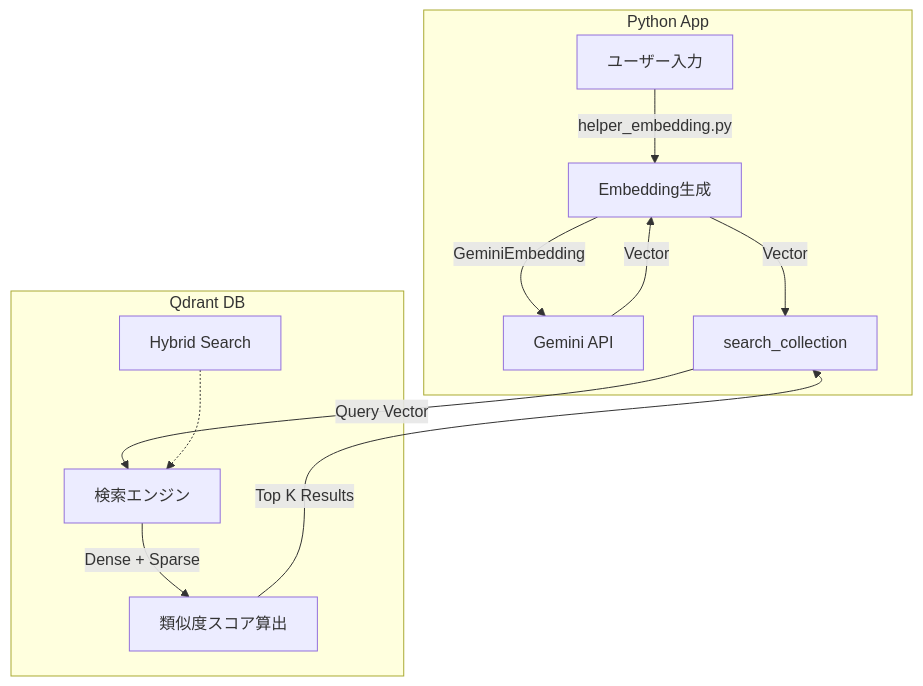
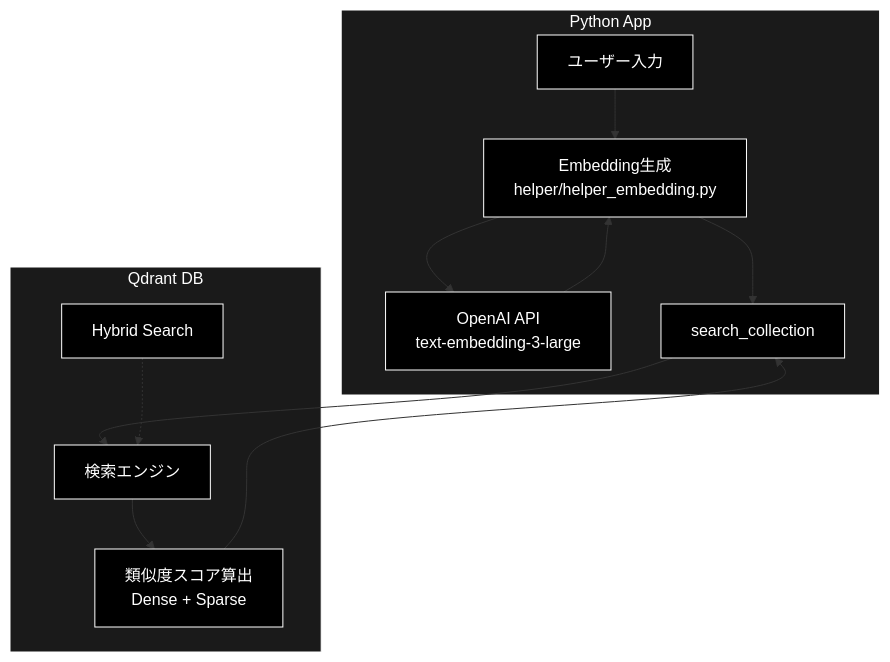
Before and after one commit to nakashima2toshio/openai_grace_agent: the eighth of 10 diagrams in readme_react_reflection.md, drawn with Mermaid. The commit also changed other lines of this file and 4 other files, not shown here.

````diff
--- a/readme_react_reflection.md
+++ b/readme_react_reflection.md
@@ -716,16 +802,21 @@
 ```mermaid
 graph TD
-    subgraph Python App
-        Query[ユーザー入力] --> |helper_embedding.py| Embed[Embedding生成]
-        Embed --> |GeminiEmbedding| API[Gemini API]
-        API --> |Vector| Embed
-        Embed --> |Vector| Search[search_collection]
+    subgraph PythonApp ["Python App"]
+        Query["ユーザー入力"] --> Embed["Embedding生成<br>helper/helper_embedding.py"]
+        Embed --> API["OpenAI API<br>text-embedding-3-large"]
+        API --> Embed
+        Embed --> Search["search_collection"]
     end
 
-    subgraph Qdrant DB
-        Search --> |Query Vector| Engine[検索エンジン]
-        Config[Hybrid Search] -.-> Engine
-        Engine --> |Dense + Sparse| Score[類似度スコア算出]
-        Score --> |Top K Results| Search
+    subgraph QdrantDB ["Qdrant DB"]
+        Search --> Engine["検索エンジン"]
+        Config["Hybrid Search"] -.-> Engine
+        Engine --> Score["類似度スコア算出<br>Dense + Sparse"]
+        Score --> Search
     end
+classDef default fill:#000,stroke:#fff,color:#fff
+classDef subgraphStyle fill:#1a1a1a,stroke:#fff,color:#fff
+class Query,Embed,API,Search,Engine,Config,Score default
+style PythonApp fill:#1a1a1a,stroke:#fff,color:#fff
+style QdrantDB fill:#1a1a1a,stroke:#fff,color:#fff
 ```
````
